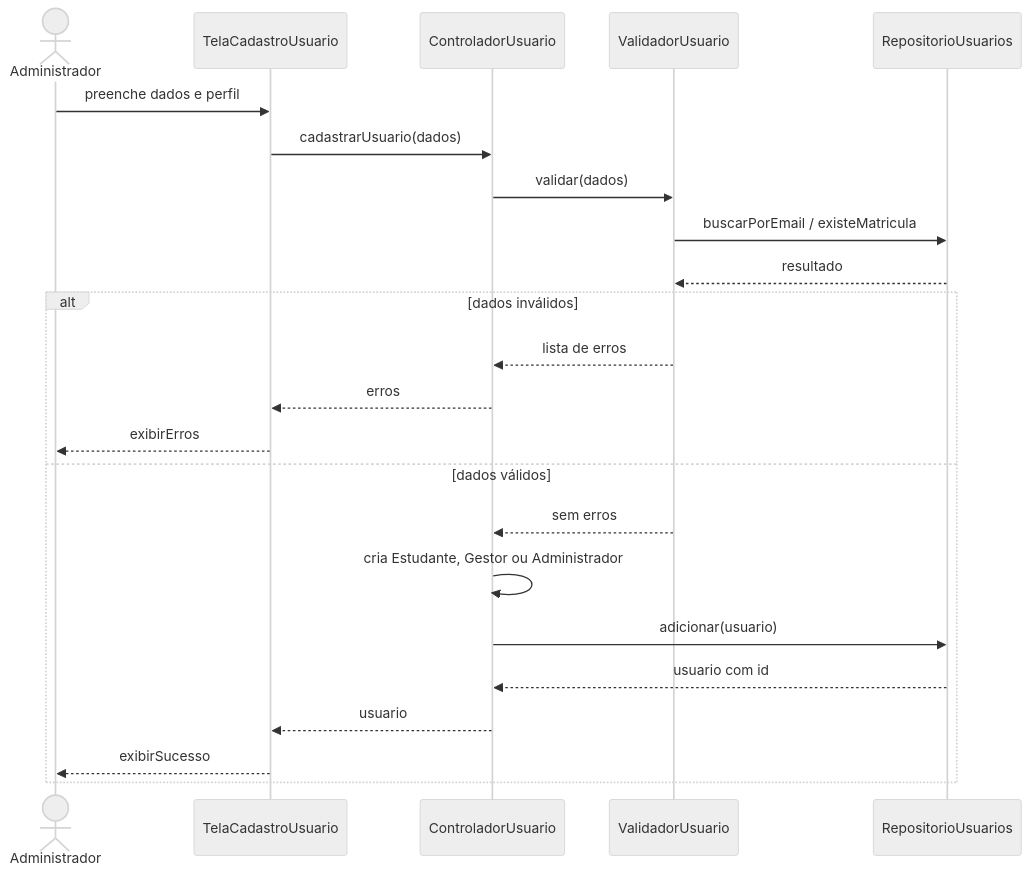
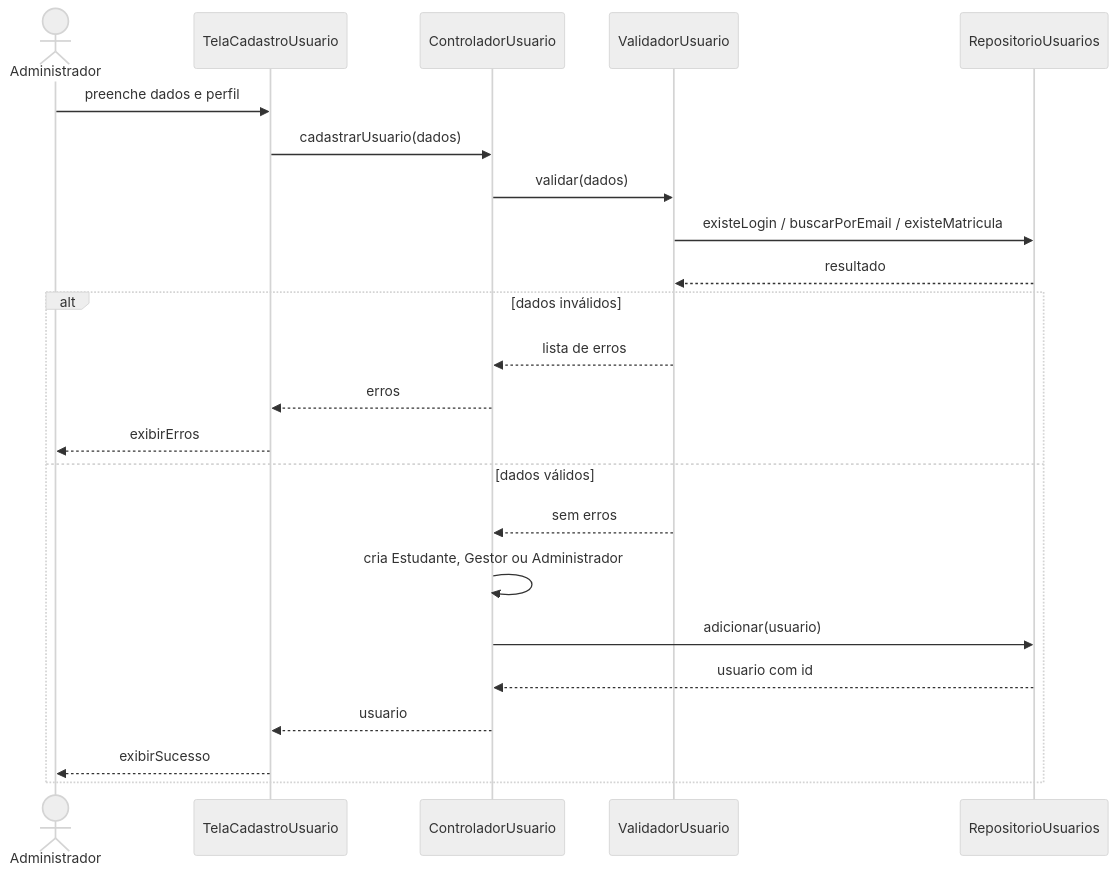
One commit to henriquesantos007/Sistema-de-Agendamento-de-Almoco changed the second of 5 diagrams in docs/05-analise.md. Above: the diagram before and after it, drawn with Mermaid (neutral theme). The commit also changed other lines of this file and 1 other file, not shown here.

Commit message:
docs(diagramas): incluir verificação de login nos diagramas

````diff
--- a/docs/05-analise.md
+++ b/docs/05-analise.md
@@ -100,27 +102,27 @@
 ```mermaid
 %%{init: {"flowchart": {"useMaxWidth": false}, "class": {"useMaxWidth": false}, "sequence": {"useMaxWidth": false}, "state": {"useMaxWidth": false}}}%%
 sequenceDiagram
     actor Admin as Administrador
     participant T as TelaCadastroUsuario
     participant C as ControladorUsuario
     participant V as ValidadorUsuario
     participant R as RepositorioUsuarios
 
     Admin->>T: preenche dados e perfil
     T->>C: cadastrarUsuario(dados)
     C->>V: validar(dados)
-    V->>R: buscarPorEmail / existeMatricula
+    V->>R: existeLogin / buscarPorEmail / existeMatricula
     R-->>V: resultado
     alt dados inválidos
         V-->>C: lista de erros
         C-->>T: erros
         T-->>Admin: exibirErros
     else dados válidos
         V-->>C: sem erros
         C->>C: cria Estudante, Gestor ou Administrador
         C->>R: adicionar(usuario)
         R-->>C: usuario com id
         C-->>T: usuario
         T-->>Admin: exibirSucesso
     end
 ```
````
